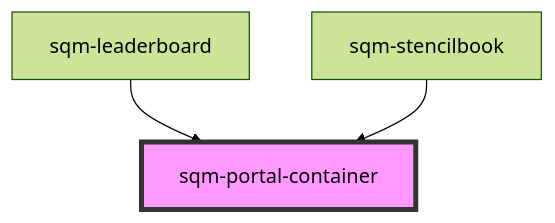
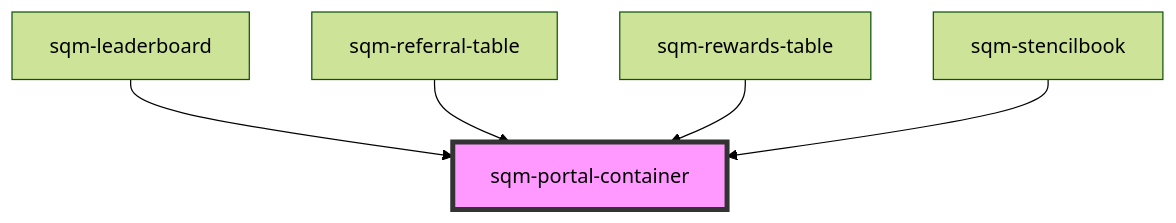
Before and after one commit to saasquatch/program-tools: the diagram in packages/mint-components/src/components/sqm-portal-container/readme.md, drawn with Mermaid (forest theme). The commit also changed other lines of this file and 14 other files, not shown here.

````diff
--- a/packages/mint-components/src/components/sqm-portal-container/readme.md
+++ b/packages/mint-components/src/components/sqm-portal-container/readme.md
@@ -28,6 +31,8 @@
 ```mermaid
 graph TD;
   sqm-leaderboard --> sqm-portal-container
+  sqm-referral-table --> sqm-portal-container
+  sqm-rewards-table --> sqm-portal-container
   sqm-stencilbook --> sqm-portal-container
   style sqm-portal-container fill:#f9f,stroke:#333,stroke-width:4px
 ```
````
